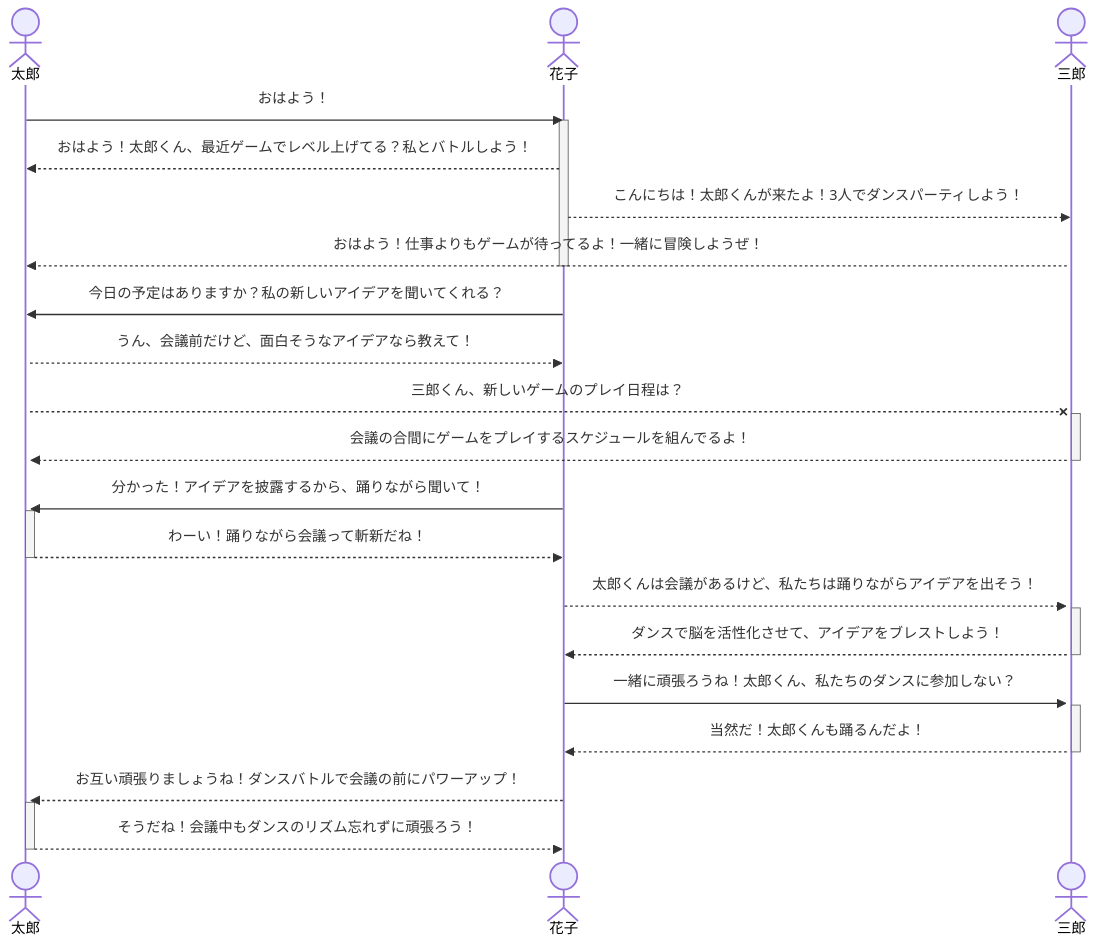
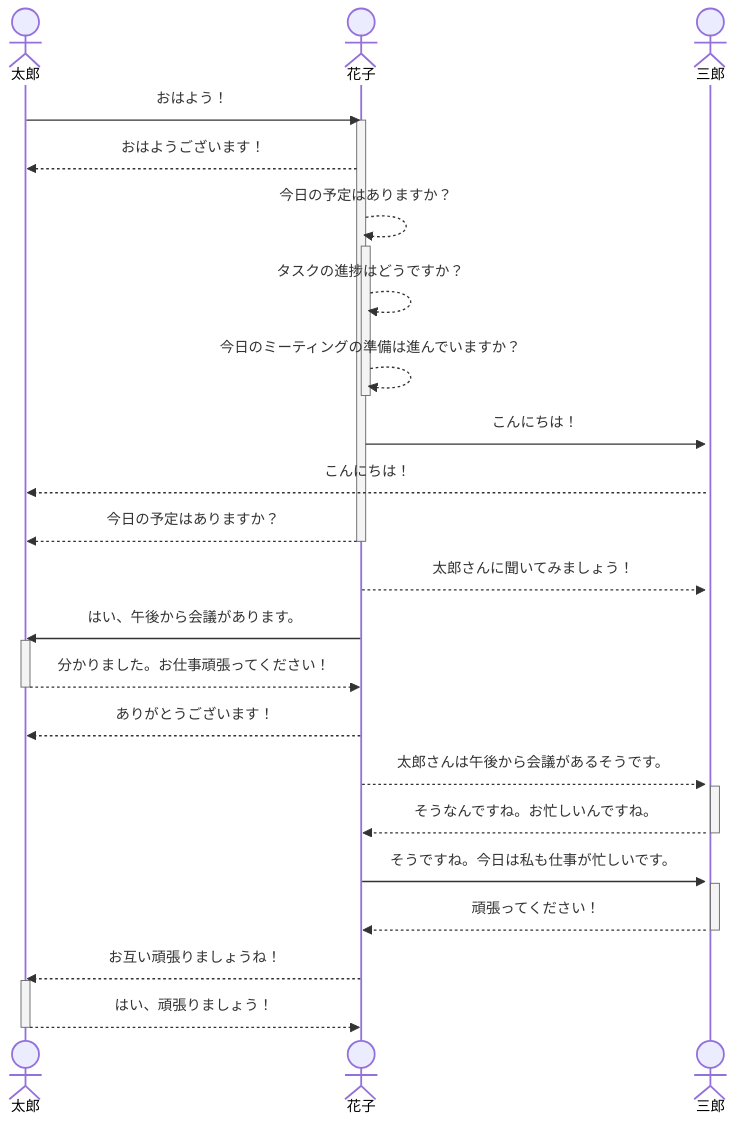
Before and after one commit to tpu-game-2023/mermaid_test: the second of 3 diagrams in README.md, drawn with Mermaid.

````diff
--- a/README.md
+++ b/README.md
@@ -40,37 +40,38 @@
 ```mermaid
 sequenceDiagram
     actor 太郎
     actor 花子
     actor 三郎
     太郎->>花子: おはよう！
     activate 花子
-    花子-->>太郎: おはよう！太郎くん、最近ゲームでレベル上げてる？私とバトルしよう！
-    花子-->>三郎: こんにちは！太郎くんが来たよ！3人でダンスパーティしよう！
+    花子-->>太郎: おはようございます！
+    花子-->>花子: 今日の予定はありますか？
+    activate 花子
+    花子-->>花子: タスクの進捗はどうですか？
+    花子-->>花子: 今日のミーティングの準備は進んでいますか？
+    deactivate 花子
     activate 三郎
-    三郎-->>太郎: おはよう！仕事よりもゲームが待ってるよ！一緒に冒険しようぜ！
+    花子->>三郎: こんにちは！
+    三郎-->>太郎: こんにちは！
+    花子-->>太郎: 今日の予定はありますか？
     deactivate 花子
-    花子->>太郎: 今日の予定はありますか？私の新しいアイデアを聞いてくれる？
+    花子-->>三郎: 太郎さんに聞いてみましょう！
+    花子->>太郎: はい、午後から会議があります。
     activate 太郎
-    太郎-->>花子: うん、会議前だけど、面白そうなアイデアなら教えて！
-    太郎--x 三郎: 三郎くん、新しいゲームのプレイ日程は？
+    太郎-->>花子: 分かりました。お仕事頑張ってください！
+    deactivate 太郎
+    花子-->>太郎: ありがとうございます！
+    花子-->>三郎: 太郎さんは午後から会議があるそうです。
     activate 三郎
-    三郎-->>太郎: 会議の合間にゲームをプレイするスケジュールを組んでるよ！
+    三郎-->>花子: そうなんですね。お忙しいんですね。
     deactivate 三郎
-    花子->>太郎: 分かった！アイデアを披露するから、踊りながら聞いて！
+    花子->>三郎: そうですね。今日は私も仕事が忙しいです。
+    activate 三郎
+    三郎-->>花子: 頑張ってください！
+    deactivate 三郎
+    花子-->>太郎: お互い頑張りましょうね！
     activate 太郎
-    太郎-->>花子: わーい！踊りながら会議って斬新だね！
-    deactivate 太郎
-    花子-->>三郎: 太郎くんは会議があるけど、私たちは踊りながらアイデアを出そう！
-    activate 三郎
-    三郎-->>花子: ダンスで脳を活性化させて、アイデアをブレストしよう！
-    deactivate 三郎
-    花子->>三郎: 一緒に頑張ろうね！太郎くん、私たちのダンスに参加しない？
-    activate 三郎
-    三郎-->>花子: 当然だ！太郎くんも踊るんだよ！
-    deactivate 三郎
-    花子-->>太郎: お互い頑張りましょうね！ダンスバトルで会議の前にパワーアップ！
-    activate 太郎
-    太郎-->>花子: そうだね！会議中もダンスのリズム忘れずに頑張ろう！
+    太郎-->>花子: はい、頑張りましょう！
     deactivate 太郎
 
 ```
````
